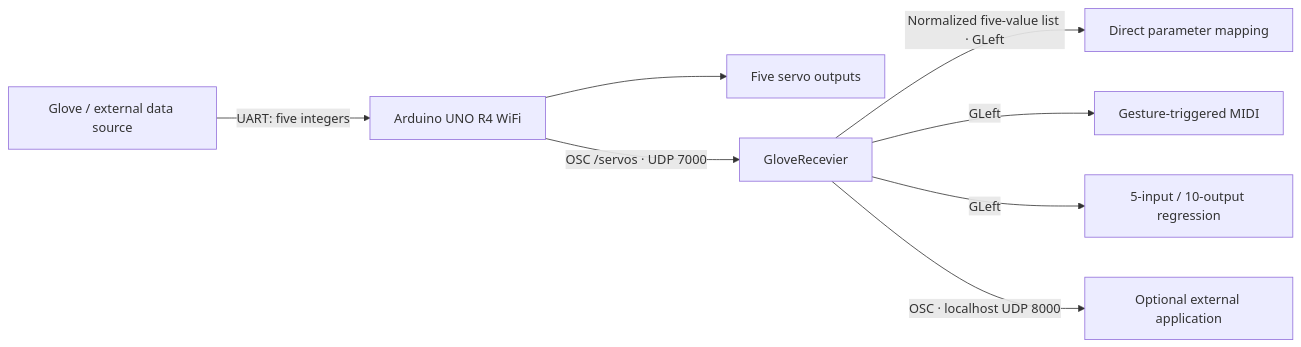
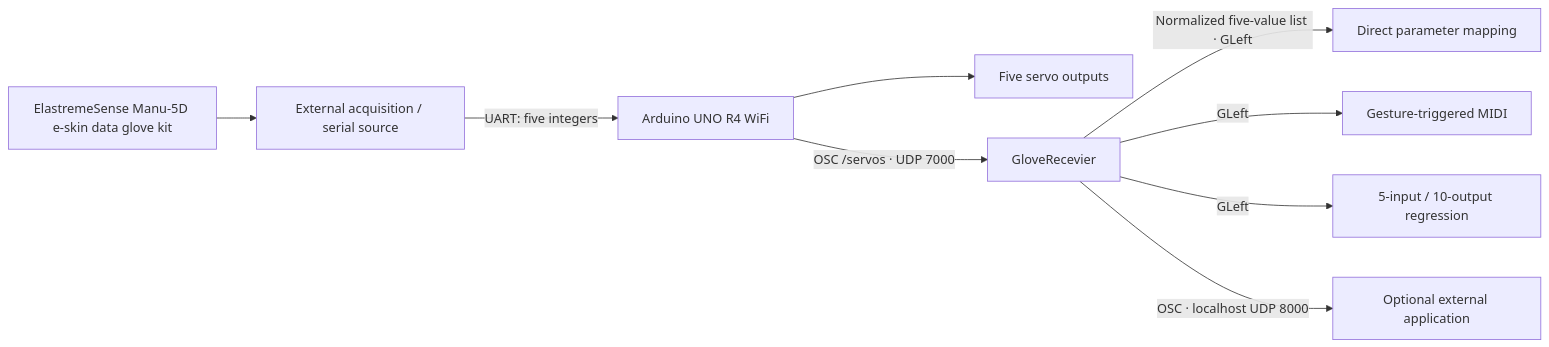
One commit to lingyuanyangg/glove-system changed the diagram in README.md. Above: the diagram before and after it, drawn with Mermaid. The commit also changed other lines of this file and 3 other files, not shown here.

Commit message:
Document ElastremeSense Manu-5D e-skin data glove kit as the hardware platform

````diff
--- a/README.md
+++ b/README.md
@@ -7,10 +7,11 @@
 ```mermaid
 flowchart LR
-    G[Glove / external data source] -->|UART: five integers| A[Arduino UNO R4 WiFi]
+    G[ElastremeSense Manu-5D e-skin data glove kit] --> I[External acquisition / serial source]
+    I -->|UART: five integers| A[Arduino UNO R4 WiFi]
     A --> S[Five servo outputs]
     A -->|OSC /servos · UDP 7000| R[GloveRecevier]
     R -->|Normalized five-value list · GLeft| D[Direct parameter mapping]
     R -->|GLeft| B[Gesture-triggered MIDI]
     R -->|GLeft| M[5-input / 10-output regression]
     R -->|OSC · localhost UDP 8000| X[Optional external application]
 ```
````
